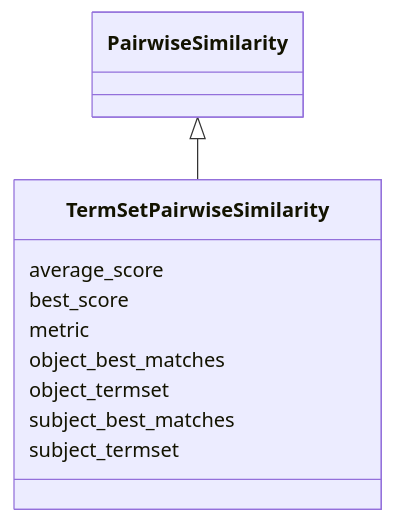
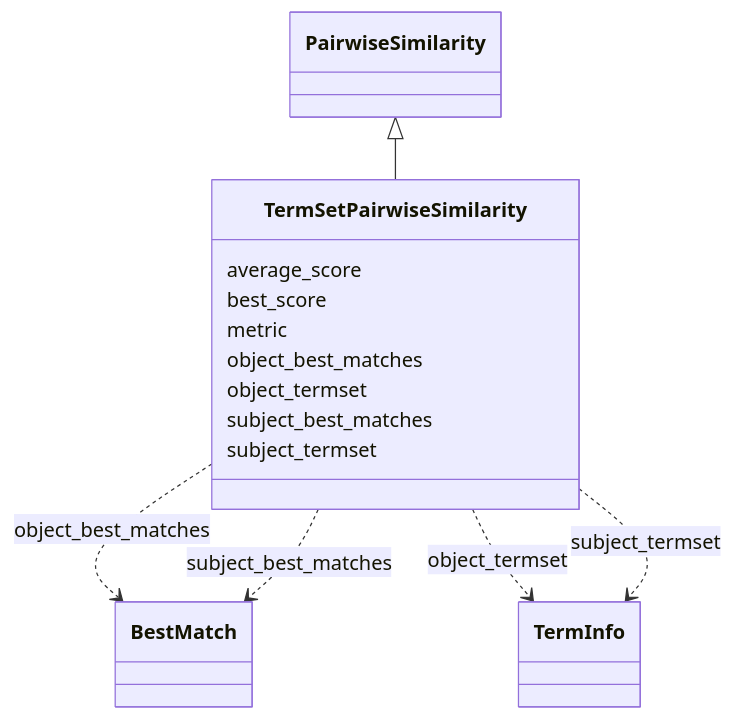
Before and after one commit to INCATools/ontology-access-kit: the diagram in similarity/TermSetPairwiseSimilarity.md, drawn with Mermaid. The commit also changed other lines of this file and 1783 other files, not shown here.

````diff
--- a/similarity/TermSetPairwiseSimilarity.md
+++ b/similarity/TermSetPairwiseSimilarity.md
@@ -11,14 +11,29 @@
 ```{mermaid}
  classDiagram
     class TermSetPairwiseSimilarity
       PairwiseSimilarity <|-- TermSetPairwiseSimilarity
       
       TermSetPairwiseSimilarity : average_score
+        
       TermSetPairwiseSimilarity : best_score
+        
       TermSetPairwiseSimilarity : metric
+        
       TermSetPairwiseSimilarity : object_best_matches
+        
+          TermSetPairwiseSimilarity ..> BestMatch : object_best_matches
+        
       TermSetPairwiseSimilarity : object_termset
+        
+          TermSetPairwiseSimilarity ..> TermInfo : object_termset
+        
       TermSetPairwiseSimilarity : subject_best_matches
+        
+          TermSetPairwiseSimilarity ..> BestMatch : subject_best_matches
+        
       TermSetPairwiseSimilarity : subject_termset
+        
+          TermSetPairwiseSimilarity ..> TermInfo : subject_termset
+        
       
 ```
````
